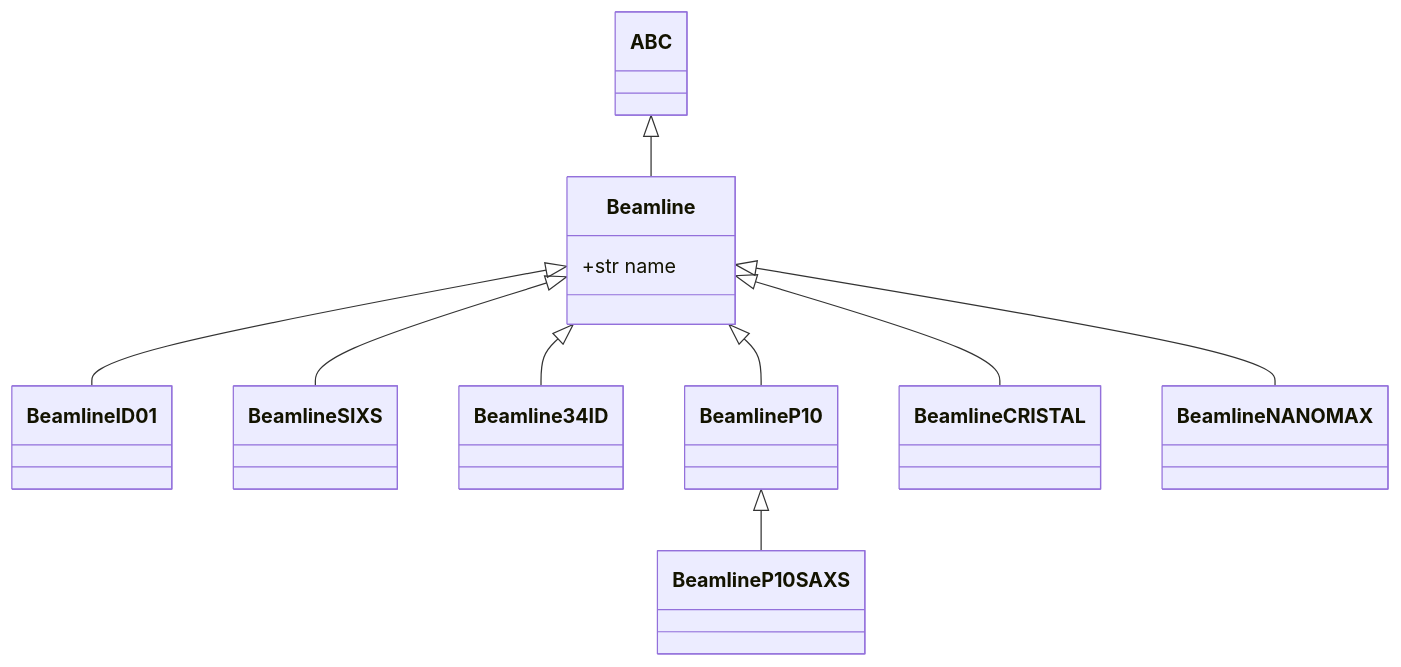
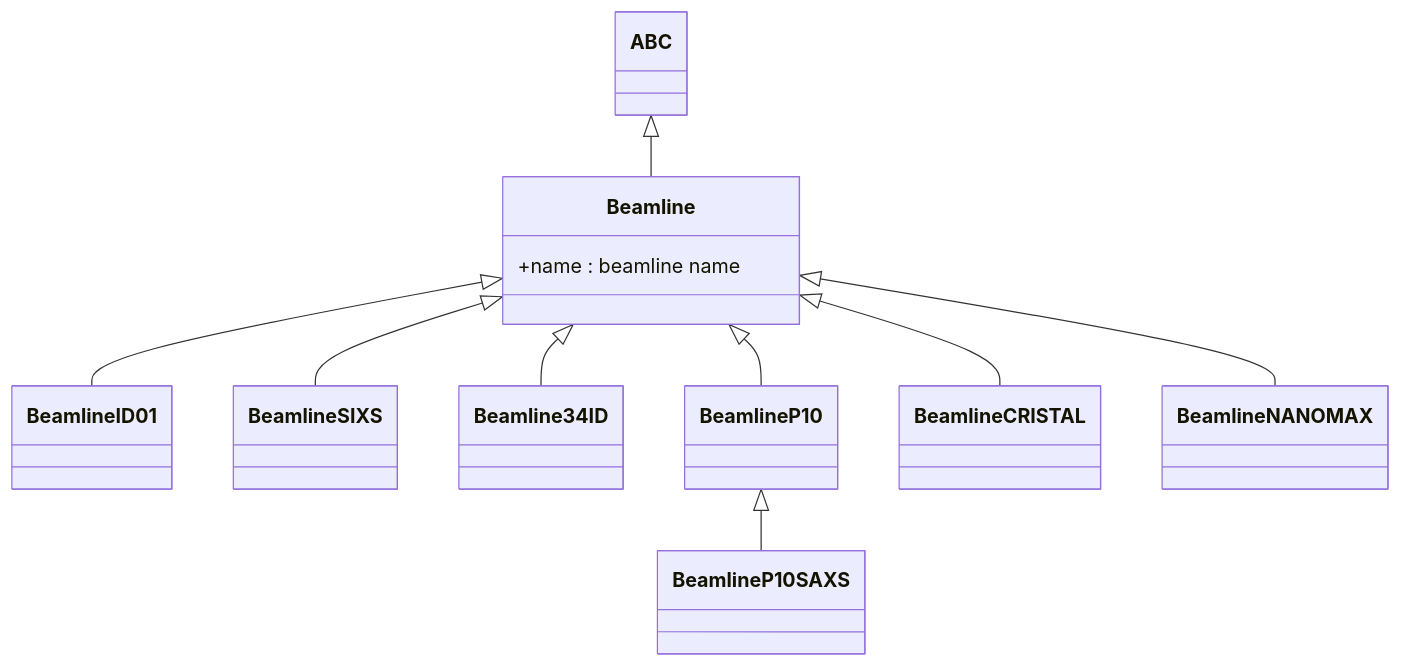
The second of 4 diagrams in doc/modules/experiment/index.rst (carnisj/bcdi), drawn with Mermaid before and after one commit. The commit also changed other lines of this file, not shown here.

```diff
--- a/doc/modules/experiment/index.rst
+++ b/doc/modules/experiment/index.rst
@@ -75,15 +85,15 @@
 .. mermaid::
   :align: center
 
   classDiagram
     class Beamline{
-      +str name
+      +name : beamline name
   }
     ABC <|-- Beamline
     Beamline <|-- BeamlineID01
     Beamline <|-- BeamlineSIXS
     Beamline <|-- Beamline34ID
     Beamline <|-- BeamlineP10
     BeamlineP10 <|-- BeamlineP10SAXS
     Beamline <|-- BeamlineCRISTAL
     Beamline <|-- BeamlineNANOMAX
```
